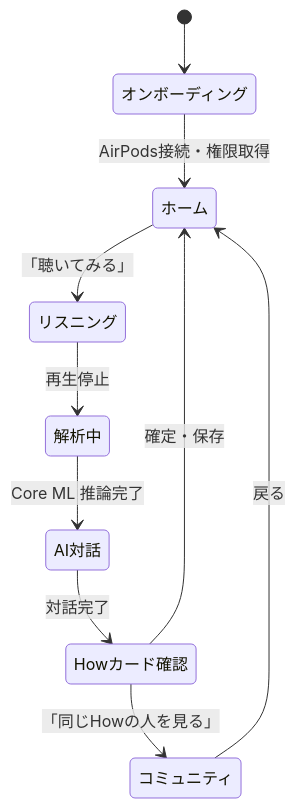
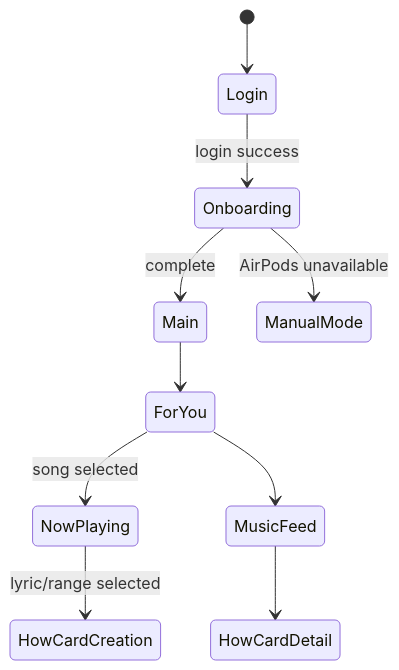
Before and after one commit to engineer-guild-hackathon-2026-05/team-10: the second of 2 diagrams in docs/functional-design.md, drawn with Mermaid. The commit also changed other lines of this file and 22 other files, not shown here.

````diff
--- a/docs/functional-design.md
+++ b/docs/functional-design.md
@@ -253,12 +172,12 @@
 ```mermaid
 stateDiagram-v2
-    [*] --> オンボーディング
-    オンボーディング --> ホーム: AirPods接続・権限取得
-    ホーム --> リスニング: 「聴いてみる」
-    リスニング --> 解析中: 再生停止
-    解析中 --> AI対話: Core ML 推論完了
-    AI対話 --> Howカード確認: 対話完了
-    Howカード確認 --> コミュニティ: 「同じHowの人を見る」
-    Howカード確認 --> ホーム: 確定・保存
-    コミュニティ --> ホーム: 戻る
+    [*] --> Login
+    Login --> Onboarding: login success
+    Onboarding --> Main: complete
+    Onboarding --> ManualMode: AirPods unavailable
+    Main --> ForYou
+    ForYou --> NowPlaying: song selected
+    NowPlaying --> HowCardCreation: lyric/range selected
+    ForYou --> MusicFeed
+    MusicFeed --> HowCardDetail
 ```
````
